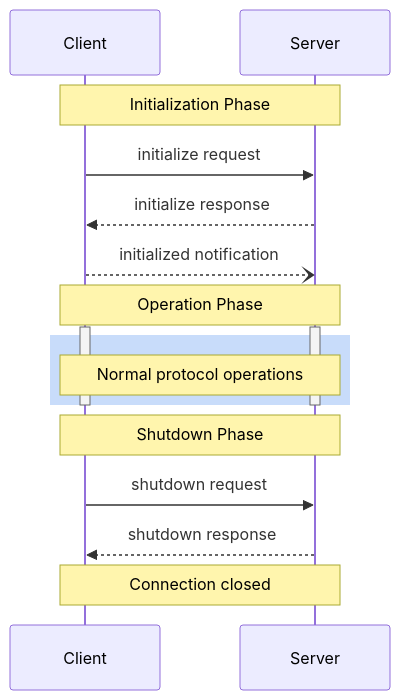
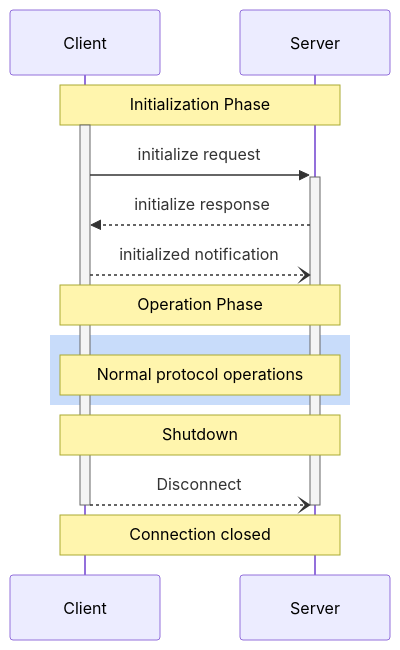
Before and after one commit to zcstarr/modelcontextprotocol: the diagram in docs/specification/basic/lifecycle.md, drawn with Mermaid. The commit also changed other lines of this file, not shown here.

````diff
--- a/docs/specification/basic/lifecycle.md
+++ b/docs/specification/basic/lifecycle.md
@@ -18,24 +17,21 @@
 ```mermaid
 sequenceDiagram
     participant Client
     participant Server
 
     Note over Client,Server: Initialization Phase
-    Client->>Server: initialize request
+    activate Client
+    Client->>+Server: initialize request
     Server-->>Client: initialize response
     Client--)Server: initialized notification
 
     Note over Client,Server: Operation Phase
-    activate Client
-    activate Server
     rect rgb(200, 220, 250)
         note over Client,Server: Normal protocol operations
     end
-    deactivate Client
+
+    Note over Client,Server: Shutdown
+    Client--)-Server: Disconnect
     deactivate Server
-
-    Note over Client,Server: Shutdown Phase
-    Client->>Server: shutdown request
-    Server-->>Client: shutdown response
     Note over Client,Server: Connection closed
 ```
````
